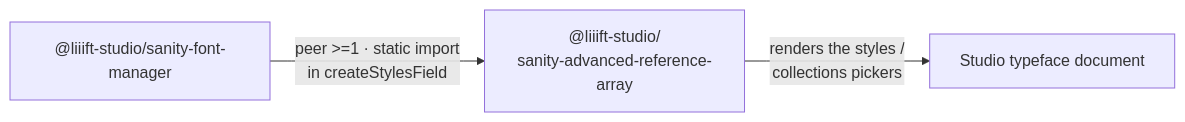
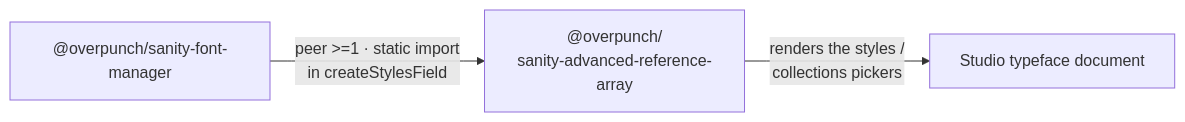
The second of 2 diagrams in README.md (over-punch/sanity-advanced-reference-array), drawn with Mermaid before and after one commit. The commit also changed other lines of this file and 3 other files, not shown here.

````diff
--- a/README.md
+++ b/README.md
@@ -277,5 +277,5 @@
 ```mermaid
 flowchart LR
-    FM["@liiift-studio/sanity-font-manager"] -->|"peer >=1 · static import<br/>in createStylesField"| ARA["@liiift-studio/<br/>sanity-advanced-reference-array"]
+    FM["@overpunch/sanity-font-manager"] -->|"peer >=1 · static import<br/>in createStylesField"| ARA["@overpunch/<br/>sanity-advanced-reference-array"]
     ARA -->|"renders the styles /<br/>collections pickers"| ST["Studio typeface document"]
 ```
````
